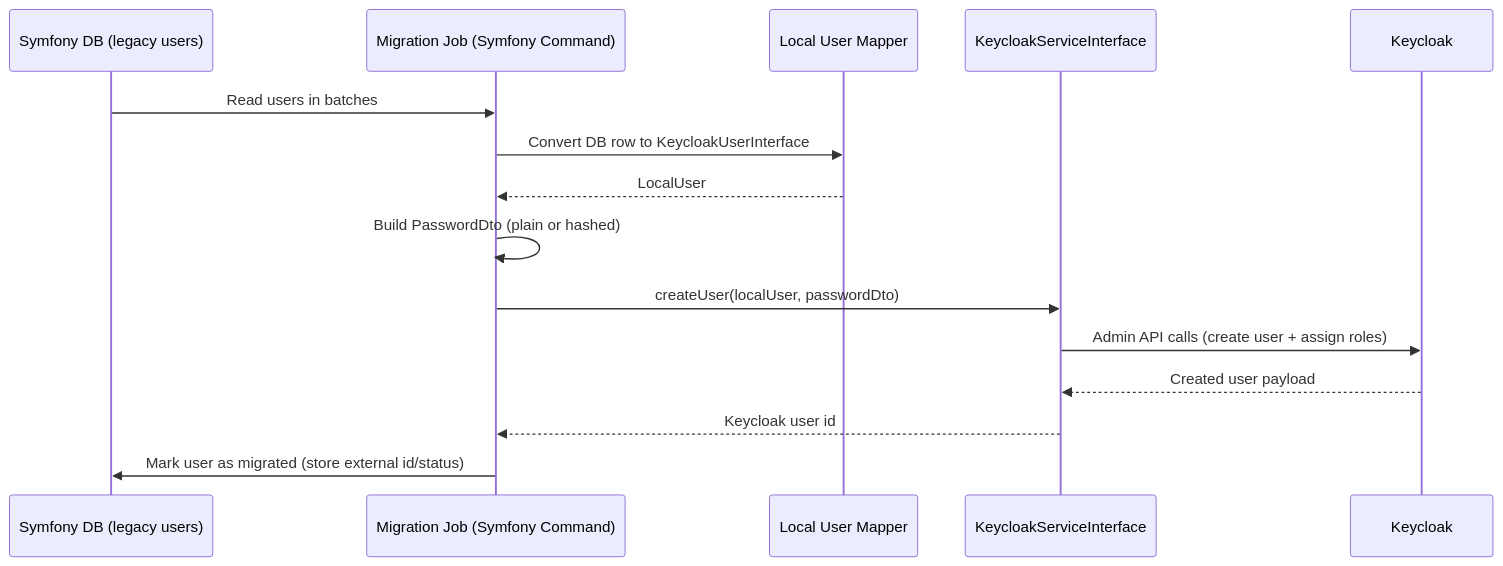
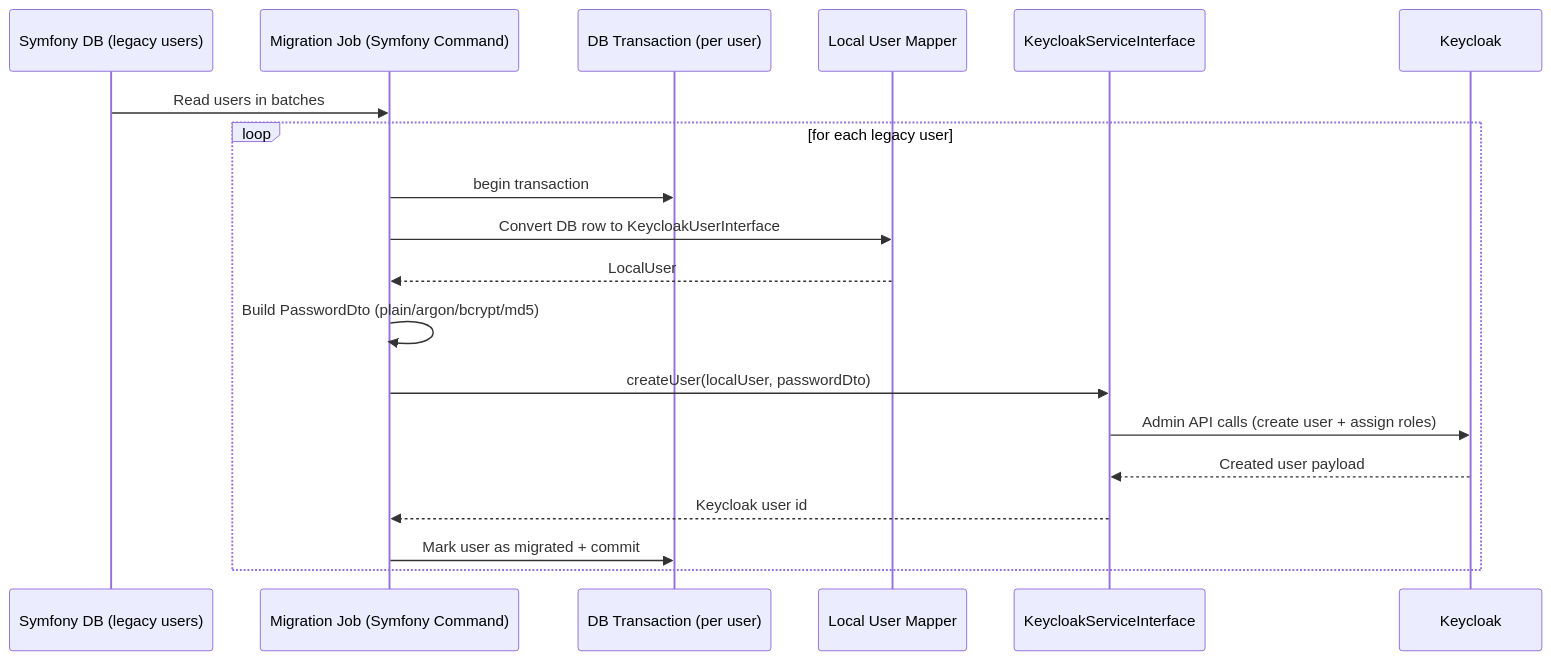
Before and after one commit to apacheborys/keycloak-cluster: the diagram in docs/use-cases/01-migrating-existing-users-to-keycloak.md, drawn with Mermaid. The commit also changed other lines of this file, not shown here.

````diff
--- a/docs/use-cases/01-migrating-existing-users-to-keycloak.md
+++ b/docs/use-cases/01-migrating-existing-users-to-keycloak.md
@@ -14,18 +14,22 @@
 ```mermaid
 sequenceDiagram
     participant DB as Symfony DB (legacy users)
     participant Job as Migration Job (Symfony Command)
+    participant TX as DB Transaction (per user)
     participant Mapper as Local User Mapper
     participant KS as KeycloakServiceInterface
     participant KC as Keycloak
 
     DB->>Job: Read users in batches
-    Job->>Mapper: Convert DB row to KeycloakUserInterface
-    Mapper-->>Job: LocalUser
-    Job->>Job: Build PasswordDto (plain or hashed)
-    Job->>KS: createUser(localUser, passwordDto)
-    KS->>KC: Admin API calls (create user + assign roles)
-    KC-->>KS: Created user payload
-    KS-->>Job: Keycloak user id
-    Job->>DB: Mark user as migrated (store external id/status)
+    loop for each legacy user
+        Job->>TX: begin transaction
+        Job->>Mapper: Convert DB row to KeycloakUserInterface
+        Mapper-->>Job: LocalUser
+        Job->>Job: Build PasswordDto (plain/argon/bcrypt/md5)
+        Job->>KS: createUser(localUser, passwordDto)
+        KS->>KC: Admin API calls (create user + assign roles)
+        KC-->>KS: Created user payload
+        KS-->>Job: Keycloak user id
+        Job->>TX: Mark user as migrated + commit
+    end
 ```
````
